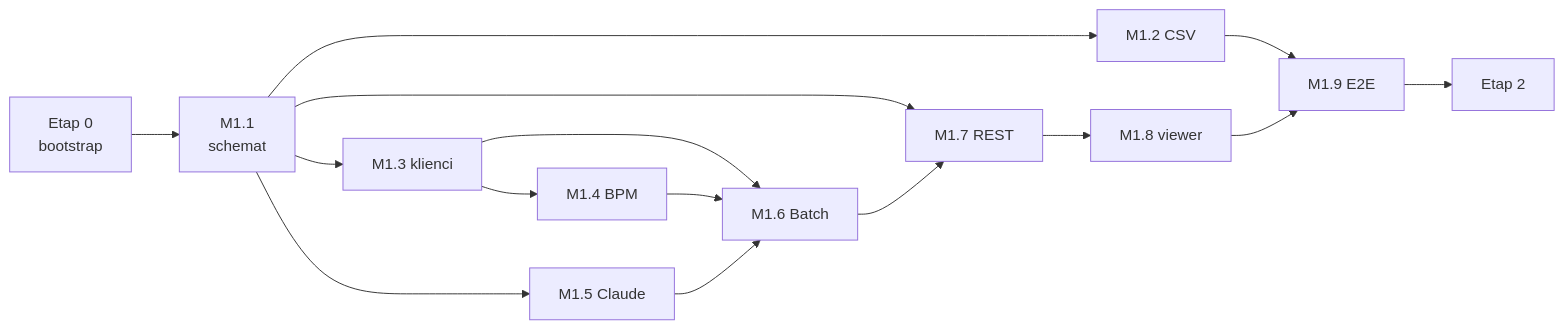
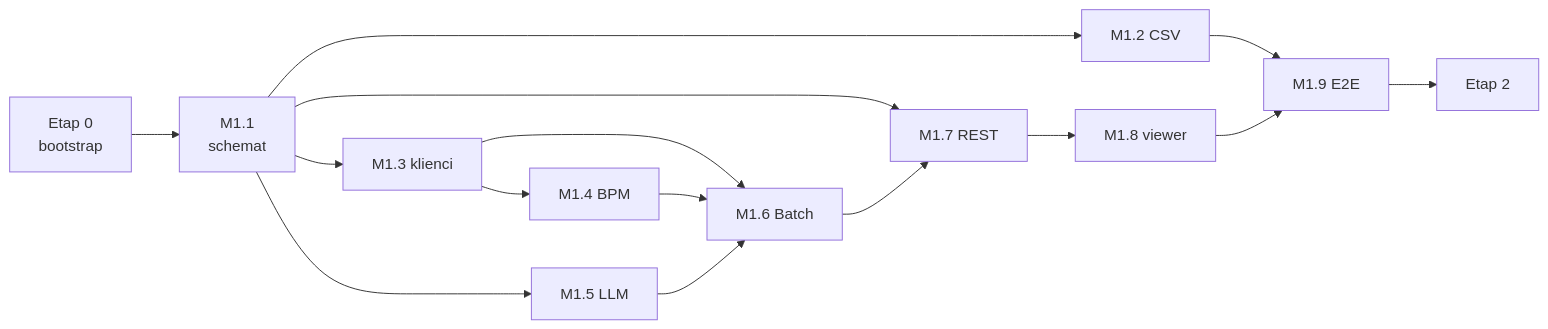
One commit to pgoogol/music-view changed the second of 2 diagrams in docs/PLAN.md. Above: the diagram before and after it, drawn with Mermaid. The commit also changed other lines of this file and 3 other files, not shown here.

````diff
--- a/docs/PLAN.md
+++ b/docs/PLAN.md
@@ -244,11 +245,11 @@
 ```mermaid
 flowchart LR
     E0[Etap 0<br/>bootstrap] --> M11[M1.1<br/>schemat]
-    M11 --> M12[M1.2 CSV] & M13[M1.3 klienci] & M15[M1.5 Claude] & M17[M1.7 REST]
+    M11 --> M12[M1.2 CSV] & M13[M1.3 klienci] & M15[M1.5 LLM] & M17[M1.7 REST]
     M13 --> M14[M1.4 BPM]
     M13 & M14 & M15 --> M16[M1.6 Batch]
     M16 --> M17
     M17 --> M18[M1.8 viewer]
     M12 & M18 --> M19[M1.9 E2E]
     M19 --> E2[Etap 2]
 ```
````
